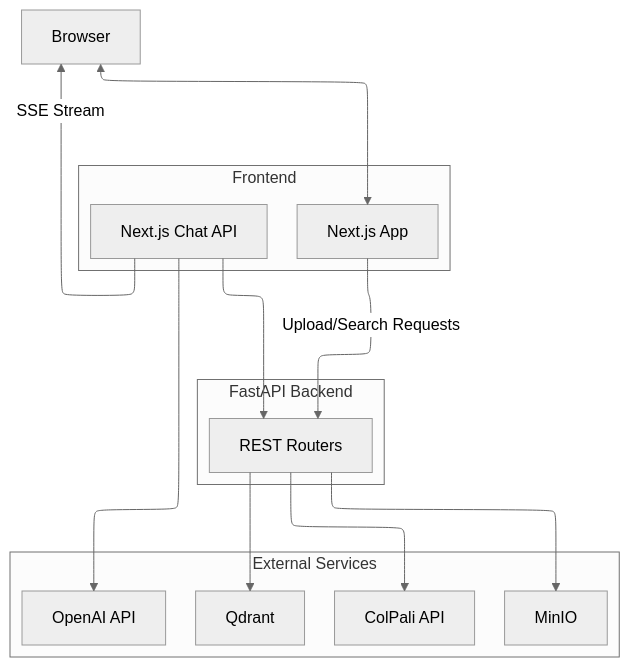
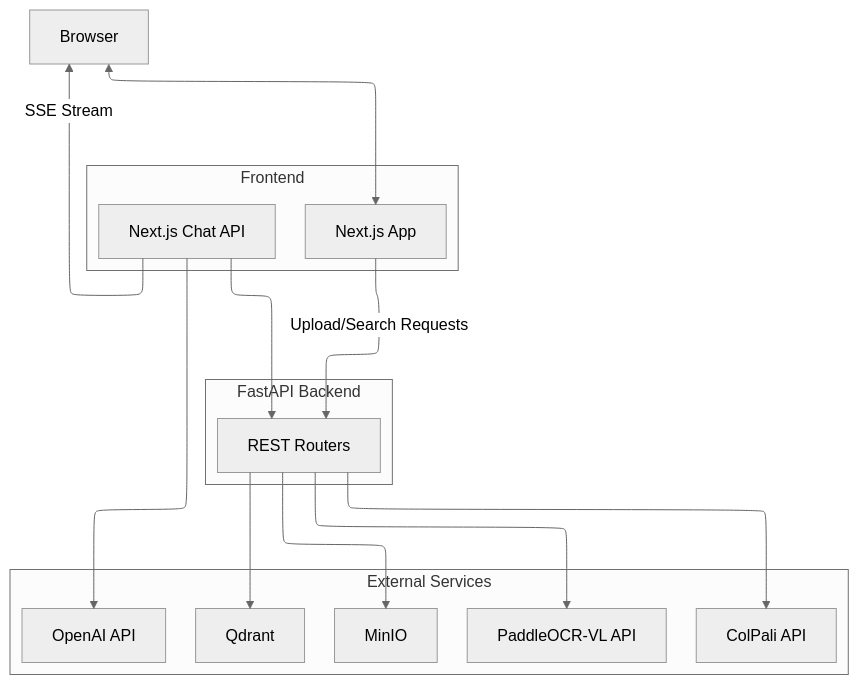
The diagram in backend/docs/architecture.md (athrael-soju/Snappy), drawn with Mermaid before and after one commit. The commit also changed other lines of this file and 21 other files, not shown here.

First line of the commit message:
feat: integrate PaddleOCR-VL service for document OCR functionality

````diff
--- a/backend/docs/architecture.md
+++ b/backend/docs/architecture.md
@@ -5,32 +5,34 @@
 ```mermaid
 ---
 config:
   theme: neutral
   layout: elk
 ---
 flowchart TB
   subgraph Frontend["Frontend"]
     NEXT["Next.js App"]
     CHAT["Next.js Chat API"]
   end
 
   subgraph Backend["FastAPI Backend"]
     API["REST Routers"]
   end
 
   subgraph Services["External Services"]
     QDRANT["Qdrant"]
     MINIO["MinIO"]
     COLPALI["ColPali API"]
+    PADDLE["PaddleOCR-VL API"]
     OPENAI["OpenAI API"]
   end
 
   USER["Browser"] <--> NEXT
   NEXT -- Upload/Search Requests --> API
   API --> QDRANT
   API --> MINIO
   API --> COLPALI
+  API --> PADDLE
   CHAT --> API
   CHAT --> OPENAI
   CHAT -- SSE Stream --> USER
 ```
````
